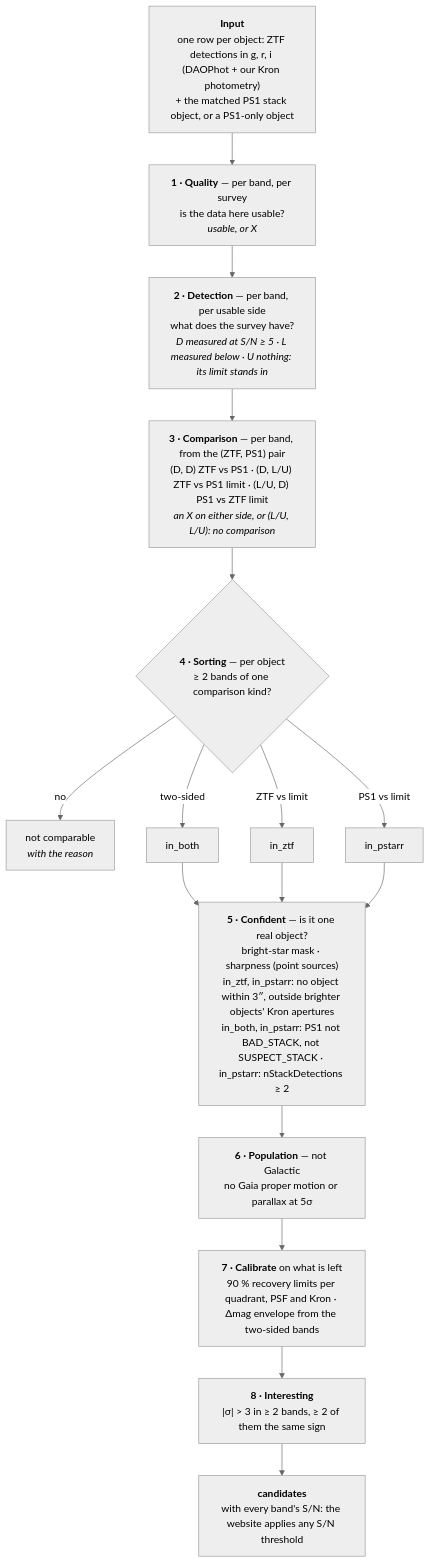
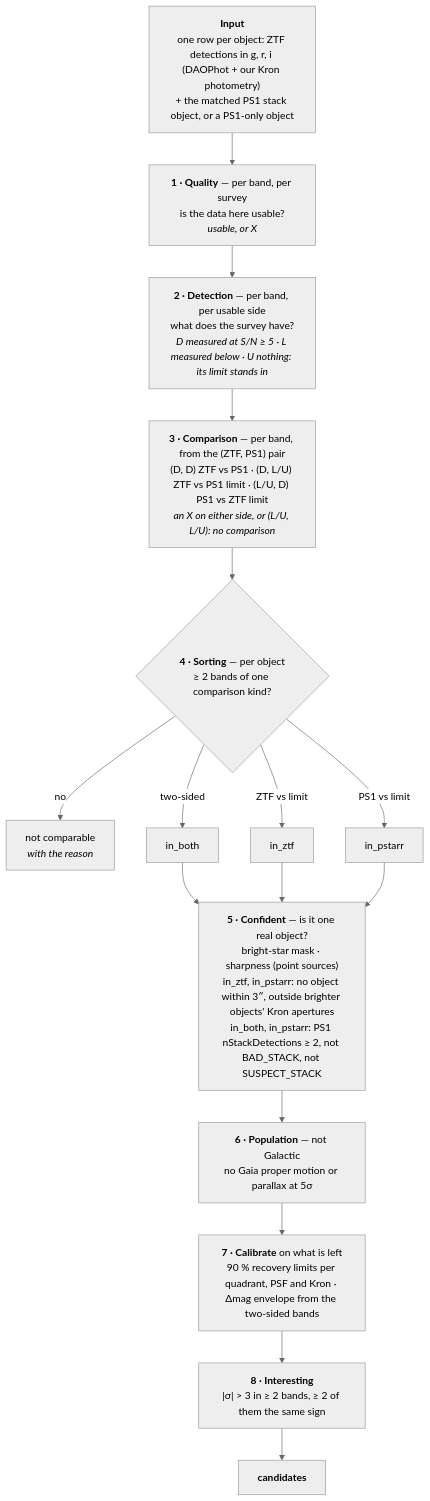
One commit to Adam-Boesky/long_transients2 changed the diagram in README.md. Above: the diagram before and after it, drawn with Mermaid (neutral theme). The commit also changed 2 other files, not shown here.

Commit message:
PS1's verdict on its detections applies wherever its side is a measurement: nStackDetections >= 2 for in_both too
With BAD_STACK and SUSPECT_STACK it makes three confident checks for in_both and in_pstarr and none for in_ztf.
Our flux S/N can call a forced PS1 measurement D where PS1's own detection pass found nothing (21k of 686k would-be
in_both objects on field 860); requiring two stack detections removes the 0.7% with fewer. The README diagram loses
its S/N note.

````diff
--- a/README.md
+++ b/README.md
@@ -5,26 +5,26 @@
 ```mermaid
 flowchart TD
     IN["<b>Input</b><br/>one row per object: ZTF detections in g, r, i (DAOPhot + our Kron photometry)<br/>+ the matched PS1 stack object, or a PS1-only object"]
     Q["<b>1 · Quality</b> — per band, per survey<br/>is the data here usable?<br/><i>usable, or X</i>"]
     D["<b>2 · Detection</b> — per band, per usable side<br/>what does the survey have?<br/><i>D measured at S/N ≥ 5 · L measured below · U nothing: its limit stands in</i>"]
     C["<b>3 · Comparison</b> — per band, from the (ZTF, PS1) pair<br/>(D, D) ZTF vs PS1 · (D, L/U) ZTF vs PS1 limit · (L/U, D) PS1 vs ZTF limit<br/><i>an X on either side, or (L/U, L/U): no comparison</i>"]
     S{"<b>4 · Sorting</b> — per object<br/>≥ 2 bands of one comparison kind?"}
     NC["not comparable<br/><i>with the reason</i>"]
     B["in_both"]
     Z["in_ztf"]
     P["in_pstarr"]
-    CONF["<b>5 · Confident</b> — is it one real object?<br/>bright-star mask · sharpness (point sources)<br/>in_ztf, in_pstarr: no object within 3″, outside brighter objects' Kron apertures<br/>in_both, in_pstarr: PS1 not BAD_STACK, not SUSPECT_STACK · in_pstarr: nStackDetections ≥ 2"]
+    CONF["<b>5 · Confident</b> — is it one real object?<br/>bright-star mask · sharpness (point sources)<br/>in_ztf, in_pstarr: no object within 3″, outside brighter objects' Kron apertures<br/>in_both, in_pstarr: PS1 nStackDetections ≥ 2, not BAD_STACK, not SUSPECT_STACK"]
     POP["<b>6 · Population</b> — not Galactic<br/>no Gaia proper motion or parallax at 5σ"]
     CAL["<b>7 · Calibrate</b> on what is left<br/>90 % recovery limits per quadrant, PSF and Kron · Δmag envelope from the two-sided bands"]
     INT["<b>8 · Interesting</b><br/>|σ| > 3 in ≥ 2 bands, ≥ 2 of them the same sign"]
-    OUT["<b>candidates</b><br/>with every band's S/N: the website applies any S/N threshold"]
+    OUT["<b>candidates</b>"]
     IN --> Q --> D --> C --> S
     S -- no --> NC
     S -- two-sided --> B
     S -- ZTF vs limit --> Z
     S -- PS1 vs limit --> P
     B --> CONF
     Z --> CONF
     P --> CONF
     CONF --> POP --> CAL --> INT --> OUT
 ```
````
